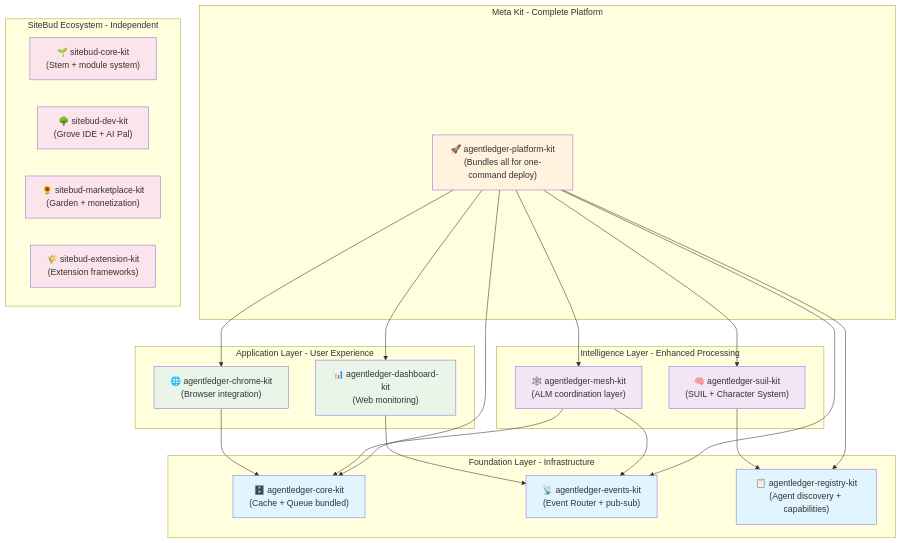
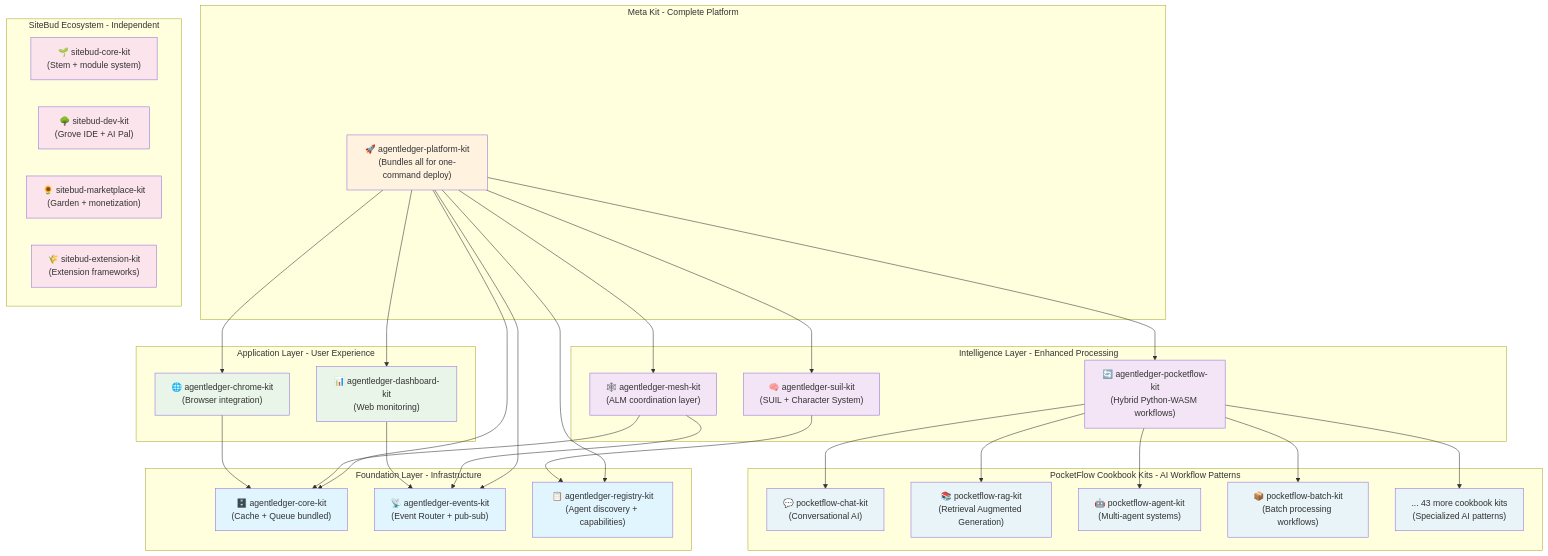
The first of 2 diagrams in CLAUDE.md (bigale/agentledger), drawn with Mermaid before and after one commit. The commit also changed other lines of this file and 3 other files, not shown here.

````diff
--- a/CLAUDE.md
+++ b/CLAUDE.md
@@ -76,55 +78,73 @@
 ```mermaid
 graph TB
     subgraph "Foundation Layer - Infrastructure"
         ALCore["🗄️ agentledger-core-kit<br/>(Cache + Queue bundled)"]
         ALEvents["📡 agentledger-events-kit<br/>(Event Router + pub-sub)"]
         ALRegistry["📋 agentledger-registry-kit<br/>(Agent discovery + capabilities)"]
     end
     
     subgraph "Intelligence Layer - Enhanced Processing"
         ALSUIL["🧠 agentledger-suil-kit<br/>(SUIL + Character System)"]
         ALMesh["🕸️ agentledger-mesh-kit<br/>(ALM coordination layer)"]
+        ALPocketFlow["🔄 agentledger-pocketflow-kit<br/>(Hybrid Python-WASM workflows)"]
+    end
+    
+    subgraph "PocketFlow Cookbook Kits - AI Workflow Patterns"
+        PFChat["💬 pocketflow-chat-kit<br/>(Conversational AI)"]
+        PFRAG["📚 pocketflow-rag-kit<br/>(Retrieval Augmented Generation)"]
+        PFAgent["🤖 pocketflow-agent-kit<br/>(Multi-agent systems)"]
+        PFBatch["📦 pocketflow-batch-kit<br/>(Batch processing workflows)"]
+        PFMore["... 43 more cookbook kits<br/>(Specialized AI patterns)"]
     end
     
     subgraph "Application Layer - User Experience"
         ALChrome["🌐 agentledger-chrome-kit<br/>(Browser integration)"]
         ALDash["📊 agentledger-dashboard-kit<br/>(Web monitoring)"]
     end
     
     subgraph "Meta Kit - Complete Platform"
         ALPlatform["🚀 agentledger-platform-kit<br/>(Bundles all for one-command deploy)"]
     end
     
     subgraph "SiteBud Ecosystem - Independent"
         SBCore["🌱 sitebud-core-kit<br/>(Stem + module system)"]
         SBDev["🌳 sitebud-dev-kit<br/>(Grove IDE + AI Pal)"]
         SBMarket["🌻 sitebud-marketplace-kit<br/>(Garden + monetization)"]
         SBExt["🌾 sitebud-extension-kit<br/>(Extension frameworks)"]
     end
     
     ALPlatform --> ALCore
     ALPlatform --> ALEvents
     ALPlatform --> ALRegistry
     ALPlatform --> ALSUIL
     ALPlatform --> ALMesh
+    ALPlatform --> ALPocketFlow
     ALPlatform --> ALChrome
     ALPlatform --> ALDash
+    
+    ALPocketFlow --> PFChat
+    ALPocketFlow --> PFRAG
+    ALPocketFlow --> PFAgent
+    ALPocketFlow --> PFBatch
+    ALPocketFlow --> PFMore
     
     ALMesh --> ALCore
     ALMesh --> ALEvents
     ALSUIL --> ALRegistry
     ALChrome --> ALCore
     ALDash --> ALEvents
     
     classDef foundation fill:#e1f5fe
     classDef intelligence fill:#f3e5f5
+    classDef pocketflow fill:#e8f4f8
     classDef application fill:#e8f5e8
     classDef meta fill:#fff3e0
     classDef sitebud fill:#fce4ec
     
     class ALCore,ALEvents,ALRegistry foundation
-    class ALSUIL,ALMesh intelligence
+    class ALSUIL,ALMesh,ALPocketFlow intelligence
+    class PFChat,PFRAG,PFAgent,PFBatch,PFMore pocketflow
     class ALChrome,ALDash application
     class ALPlatform meta
     class SBCore,SBDev,SBMarket,SBExt sitebud
 ```
````
